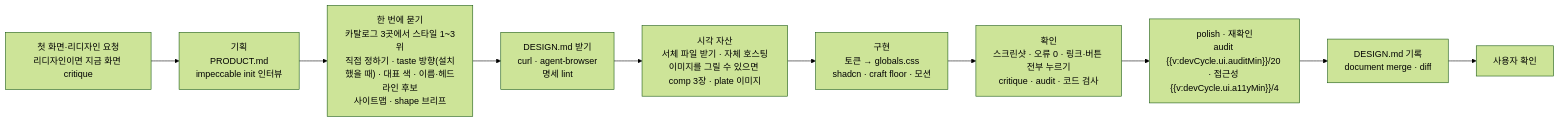
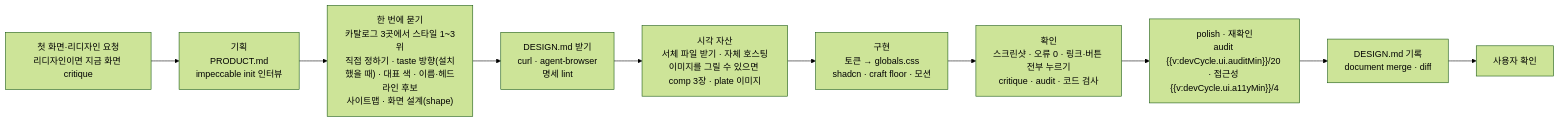
Before and after one commit to roadkwon-ai/pro-kit: the diagram in docs/blocks/ui-flow-diagram.md, drawn with Mermaid (forest theme). The commit also changed 90 other files, not shown here.

````diff
--- a/docs/blocks/ui-flow-diagram.md
+++ b/docs/blocks/ui-flow-diagram.md
@@ -2,12 +2,12 @@
 ```mermaid
 flowchart LR
   R["첫 화면·리디자인 요청<br/>리디자인이면 지금 화면 critique"] --> I["기획<br/>PRODUCT.md<br/>impeccable init 인터뷰"]
-  I --> Q["한 번에 묻기<br/>카탈로그 3곳에서 스타일 1~3위<br/>직접 정하기 · taste 방향(설치했을 때) · 대표 색 · 이름·헤드라인 후보<br/>사이트맵 · shape 브리프"]
+  I --> Q["한 번에 묻기<br/>카탈로그 3곳에서 스타일 1~3위<br/>직접 정하기 · taste 방향(설치했을 때) · 대표 색 · 이름·헤드라인 후보<br/>사이트맵 · 화면 설계(shape)"]
   Q --> D["DESIGN.md 받기<br/>curl · agent-browser<br/>명세 lint"]
   D --> A["시각 자산<br/>서체 파일 받기 · 자체 호스팅<br/>이미지를 그릴 수 있으면 comp 3장 · plate 이미지"]
   A --> C["구현<br/>토큰 → globals.css<br/>shadcn · craft floor · 모션"]
   C --> V["확인<br/>스크린샷 · 오류 0 · 링크·버튼 전부 누르기<br/>critique · audit · 코드 검사"]
   V --> P["polish · 재확인<br/>audit {{v:devCycle.ui.auditMin}}/20 · 접근성 {{v:devCycle.ui.a11yMin}}/4"]
   P --> M["DESIGN.md 기록<br/>document merge · diff"]
   M --> U["사용자 확인"]
 ```
````
